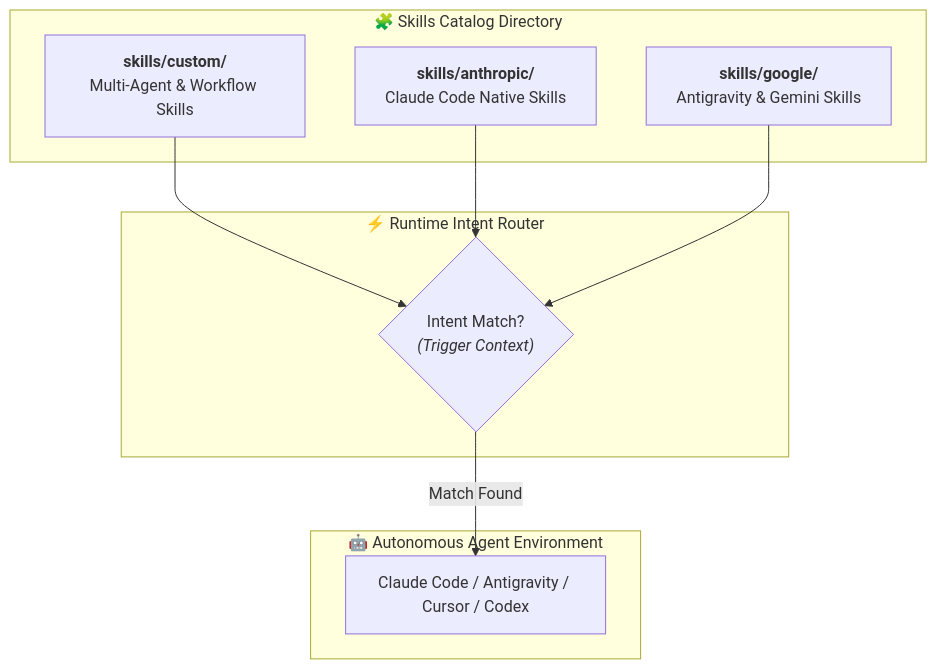
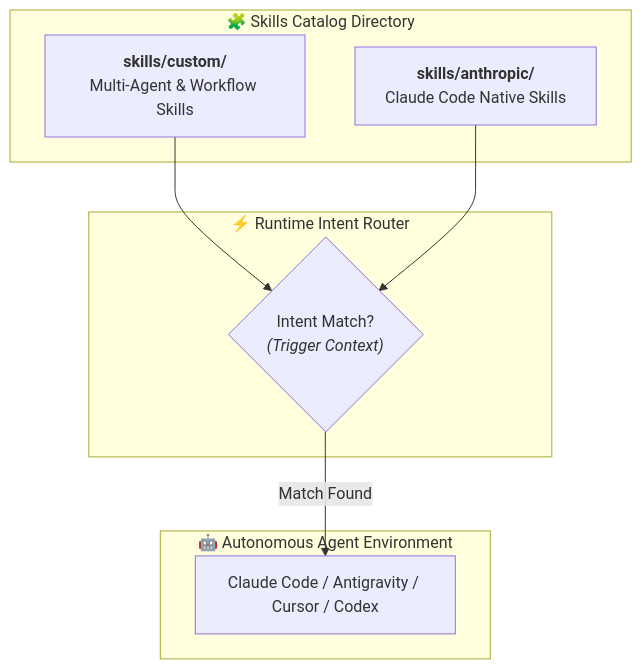
The diagram in skills/README.md (kunalsuri/1000x-Agent-Skills), drawn with Mermaid before and after one commit. The commit also changed other lines of this file and 28 other files, not shown here.

````diff
--- a/skills/README.md
+++ b/skills/README.md
@@ -38,21 +38,19 @@
 ```mermaid
 flowchart TD
     subgraph Catalog ["🧩 Skills Catalog Directory"]
         A["<b>skills/custom/</b><br/>Multi-Agent & Workflow Skills"]
         B["<b>skills/anthropic/</b><br/>Claude Code Native Skills"]
-        C["<b>skills/google/</b><br/>Antigravity & Gemini Skills"]
     end
 
     subgraph Router ["⚡ Runtime Intent Router"]
         D{"Intent Match?<br/><i>(Trigger Context)</i>"}
     end
 
     subgraph Agent ["🤖 Autonomous Agent Environment"]
         E["Claude Code / Antigravity / Cursor / Codex"]
     end
 
     A --> D
     B --> D
-    C --> D
     D -- "Match Found" --> E
 ```
````
